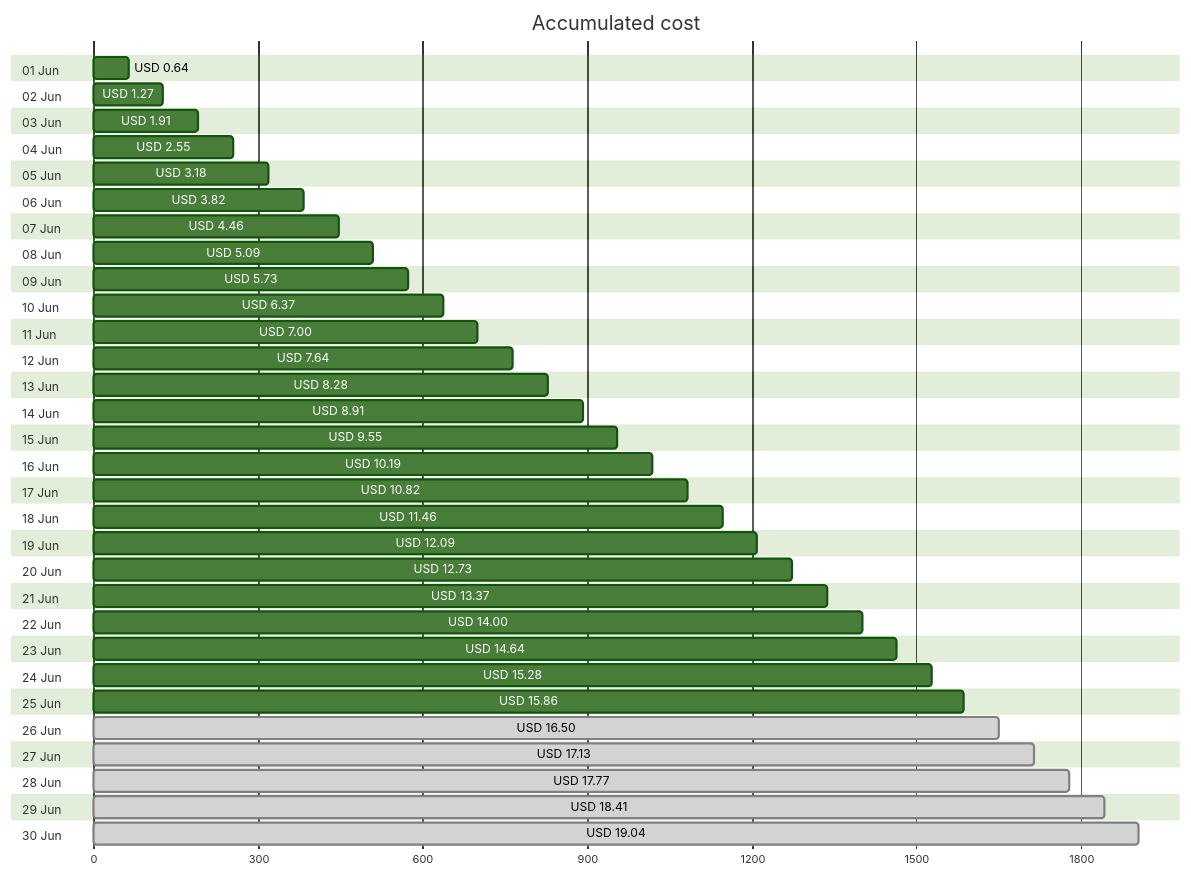
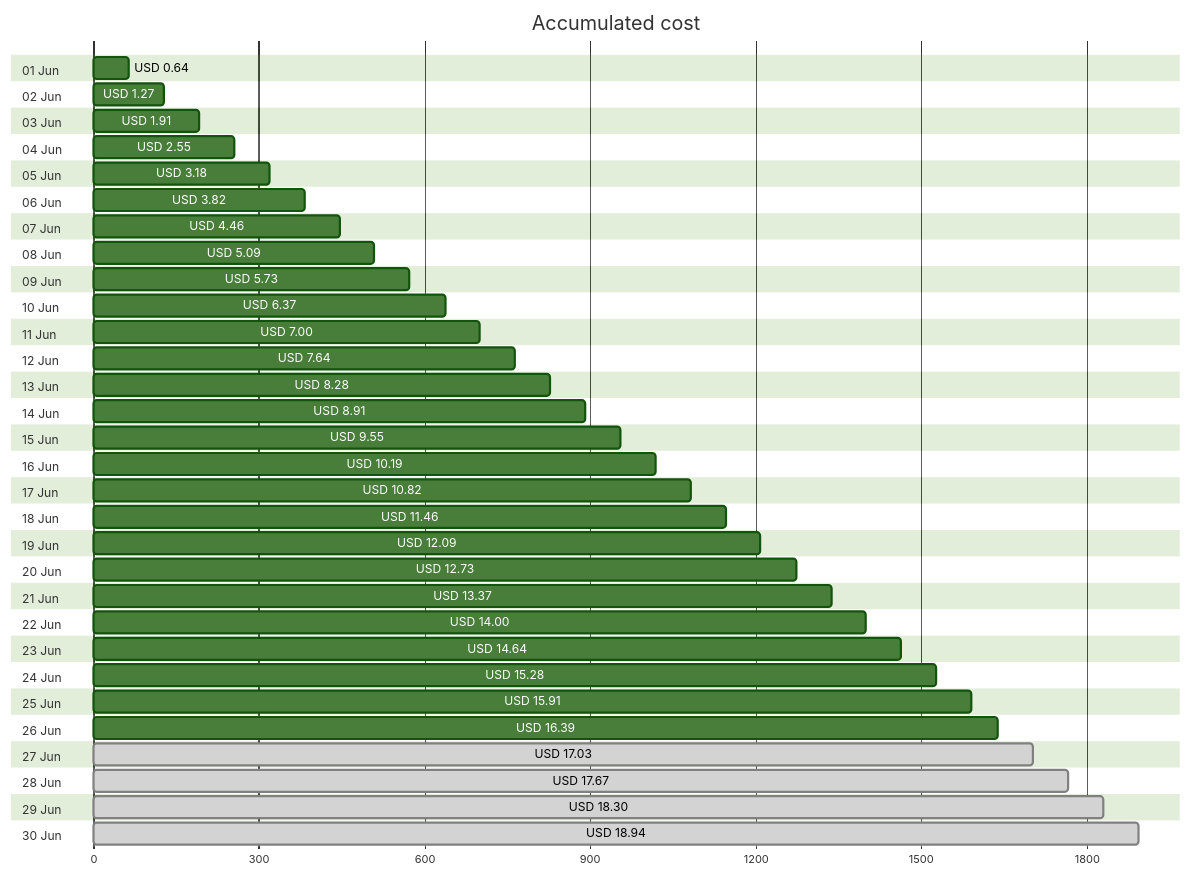
Before and after one commit to jpfulton/azure-personal-reports: the first of 4 diagrams in cost-reports/accumulated-cost.md, drawn with Mermaid (forest theme). The commit also changed other lines of this file and 4 other files, not shown here.

````diff
--- a/cost-reports/accumulated-cost.md
+++ b/cost-reports/accumulated-cost.md
@@ -20,66 +20,66 @@
 ```mermaid
 gantt
    title Accumulated cost
    dateFormat  X
    axisFormat %s
    section 01 Jun
    USD 0.64 :0, 64
    section 02 Jun
    USD 1.27 :0, 127
    section 03 Jun
    USD 1.91 :0, 191
    section 04 Jun
    USD 2.55 :0, 255
    section 05 Jun
    USD 3.18 :0, 318
    section 06 Jun
    USD 3.82 :0, 382
    section 07 Jun
    USD 4.46 :0, 446
    section 08 Jun
    USD 5.09 :0, 509
    section 09 Jun
    USD 5.73 :0, 573
    section 10 Jun
    USD 6.37 :0, 637
    section 11 Jun
    USD 7.00 :0, 700
    section 12 Jun
    USD 7.64 :0, 764
    section 13 Jun
    USD 8.28 :0, 828
    section 14 Jun
    USD 8.91 :0, 891
    section 15 Jun
    USD 9.55 :0, 955
    section 16 Jun
    USD 10.19 :0, 1019
    section 17 Jun
    USD 10.82 :0, 1082
    section 18 Jun
    USD 11.46 :0, 1146
    section 19 Jun
    USD 12.09 :0, 1209
    section 20 Jun
    USD 12.73 :0, 1273
    section 21 Jun
    USD 13.37 :0, 1337
    section 22 Jun
    USD 14.00 :0, 1400
    section 23 Jun
    USD 14.64 :0, 1464
    section 24 Jun
    USD 15.28 :0, 1528
    section 25 Jun
-   USD 15.86 :0, 1586
+   USD 15.91 :0, 1591
    section 26 Jun
-   USD 16.50 : done, 0, 1650
+   USD 16.39 :0, 1639
    section 27 Jun
-   USD 17.13 : done, 0, 1713
+   USD 17.03 : done, 0, 1703
    section 28 Jun
-   USD 17.77 : done, 0, 1777
+   USD 17.67 : done, 0, 1767
    section 29 Jun
-   USD 18.41 : done, 0, 1841
+   USD 18.30 : done, 0, 1830
    section 30 Jun
-   USD 19.04 : done, 0, 1904
+   USD 18.94 : done, 0, 1894
 ```
````
